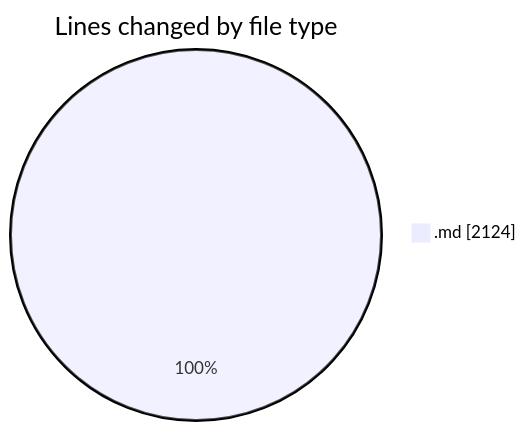
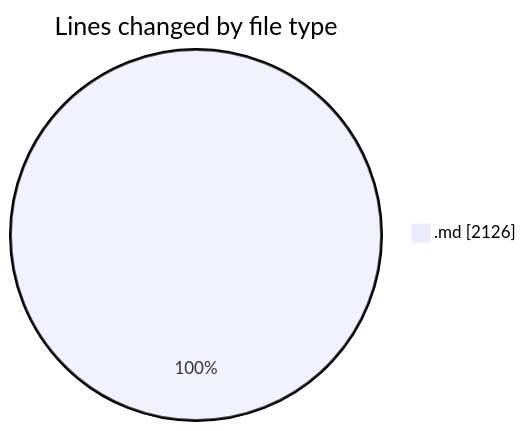
The first of 2 diagrams in 2025-07-07/urlwebwala_intership_work/README.md (Ritupan-Deka/code-tracking), drawn with Mermaid before and after one commit. The commit also changed other lines of this file and 1 other file, not shown here.

````diff
--- a/2025-07-07/urlwebwala_intership_work/README.md
+++ b/2025-07-07/urlwebwala_intership_work/README.md
@@ -22,5 +22,5 @@
 ```mermaid
 pie showData
 title Lines changed by file type
-".md" : 2124
+".md" : 2126
 ```
````
